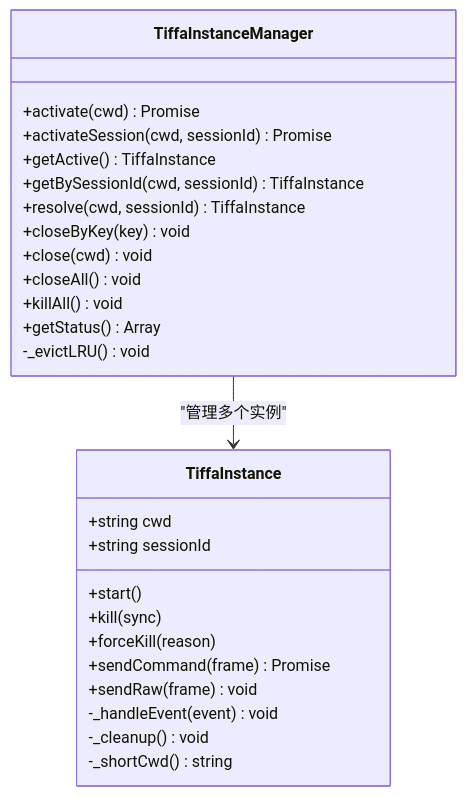
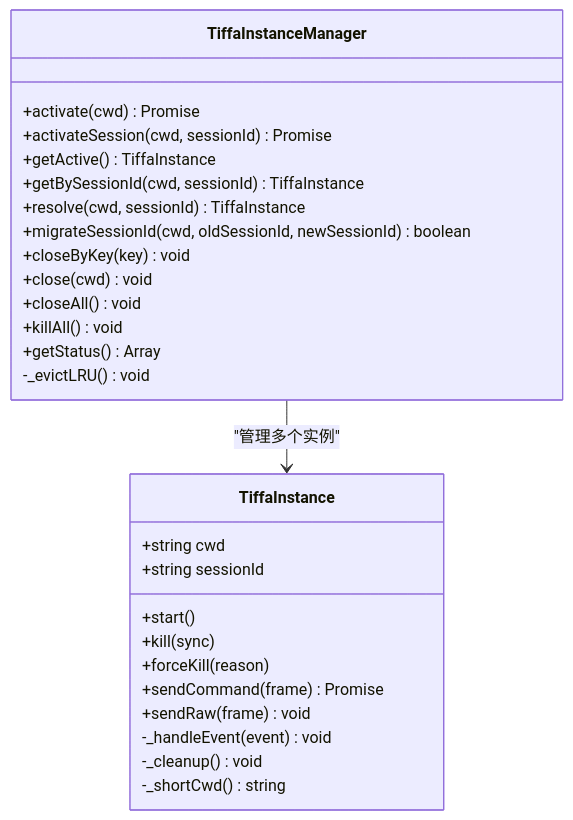
One commit to swond-Mao/Tiffa changed the third of 8 diagrams in .qoder/repowiki/zh/content/核心架构/Electron应用架构.md. Above: the diagram before and after it, drawn with Mermaid. The commit also changed other lines of this file and 359 other files, not shown here.

````diff
--- a/.qoder/repowiki/zh/content/核心架构/Electron应用架构.md
+++ b/.qoder/repowiki/zh/content/核心架构/Electron应用架构.md
@@ -138,29 +165,30 @@
 ```mermaid
 classDiagram
 class TiffaInstance {
 +string cwd
 +string sessionId
 +start()
 +kill(sync)
 +forceKill(reason)
 +sendCommand(frame) Promise
 +sendRaw(frame) void
 -_handleEvent(event) void
 -_cleanup() void
 -_shortCwd() string
 }
 class TiffaInstanceManager {
 +activate(cwd) Promise
 +activateSession(cwd, sessionId) Promise
 +getActive() TiffaInstance
 +getBySessionId(cwd, sessionId) TiffaInstance
 +resolve(cwd, sessionId) TiffaInstance
++migrateSessionId(cwd, oldSessionId, newSessionId) boolean
 +closeByKey(key) void
 +close(cwd) void
 +closeAll() void
 +killAll() void
 +getStatus() Array
 -_evictLRU() void
 }
 TiffaInstanceManager --> TiffaInstance : "管理多个实例"
 ```
````
